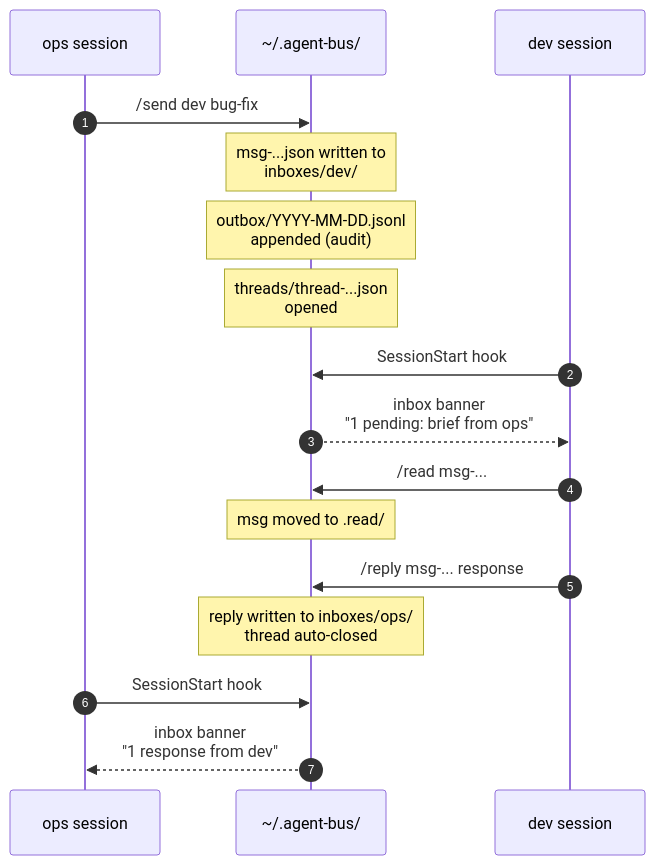
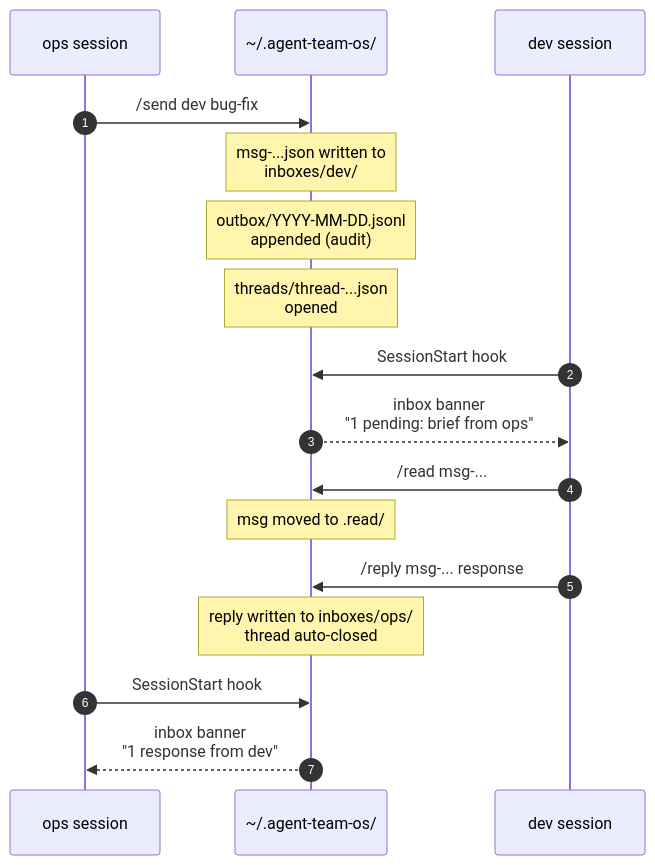
Before and after one commit to mariomosca/agent-team-os: the second of 3 diagrams in README.md, drawn with Mermaid. The commit also changed other lines of this file and 16 other files, not shown here.

First line of the commit message:
feat!: rename plugin agent-bus → agent-team-os

````diff
--- a/README.md
+++ b/README.md
@@ -78,22 +78,22 @@
 ```mermaid
 sequenceDiagram
     autonumber
     participant Ops as ops session
-    participant FS as ~/.agent-bus/
+    participant FS as ~/.agent-team-os/
     participant Dev as dev session
 
     Ops->>FS: /send dev bug-fix
     Note over FS: msg-...json written to<br/>inboxes/dev/
     Note over FS: outbox/YYYY-MM-DD.jsonl<br/>appended (audit)
     Note over FS: threads/thread-...json<br/>opened
 
     Dev->>FS: SessionStart hook
     FS-->>Dev: inbox banner<br/>"1 pending: brief from ops"
     Dev->>FS: /read msg-...
     Note over FS: msg moved to .read/
     Dev->>FS: /reply msg-... response
     Note over FS: reply written to inboxes/ops/<br/>thread auto-closed
 
     Ops->>FS: SessionStart hook
     FS-->>Ops: inbox banner<br/>"1 response from dev"
 ```
````
